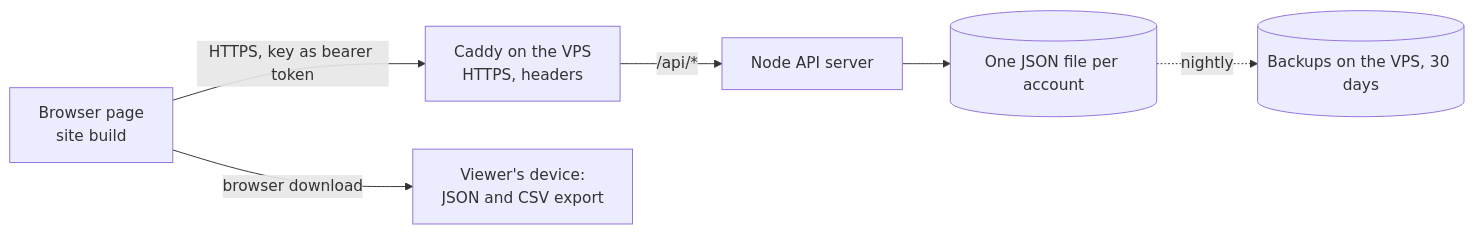
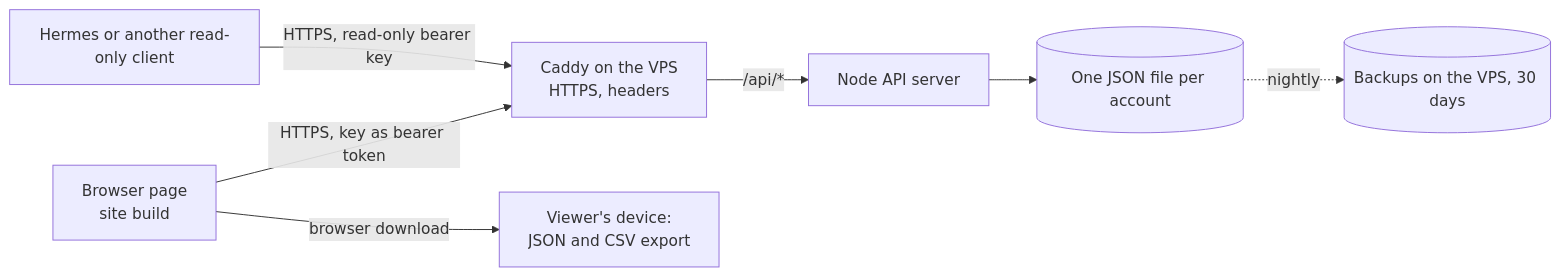
One commit to coldlight-labs/priority-matrix changed the diagram in docs/architecture.md. Above: the diagram before and after it, drawn with Mermaid. The commit also changed other lines of this file and 8 other files, not shown here.

Commit message:
feat(#7): add read-only account API keys

````diff
--- a/docs/architecture.md
+++ b/docs/architecture.md
@@ -9,8 +9,9 @@
 ```mermaid
 flowchart LR
     page[Browser page<br/>site build] -->|"HTTPS, key as bearer token"| caddy[Caddy on the VPS<br/>HTTPS, headers]
+    hermes[Hermes or another read-only client] -->|"HTTPS, read-only bearer key"| caddy
     caddy -->|"/api/*"| server[Node API server]
     server --> data[(One JSON file per account)]
     data -.->|nightly| backups[(Backups on the VPS, 30 days)]
     page -->|"browser download"| device[Viewer's device:<br/>JSON and CSV export]
 ```
````
